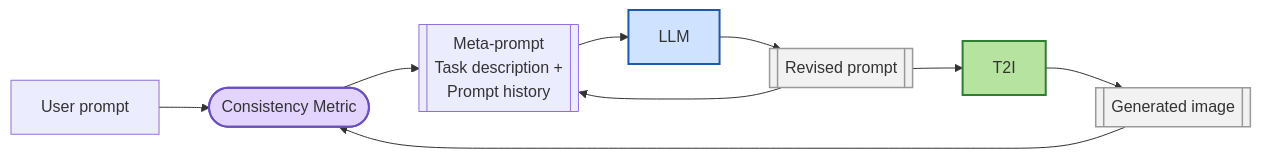
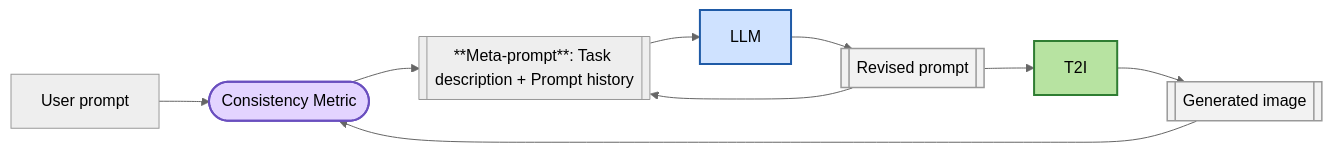
Before and after one commit to FBarrca/optt2i: the diagram in README.md, drawn with Mermaid. The commit also changed other lines of this file and 1 other file, not shown here.

Commit message:
[docs] update README to enhance clarity and formatting; remove obsolete t2i README file

````diff
--- a/README.md
+++ b/README.md
@@ -5,31 +5,33 @@
 ```mermaid
+%%{init: {'theme': 'neutral', 'themeVariables': {'darkMode': false}, "flowchart" : { "curve" : "basis" } } }%%
 flowchart LR
     %% Nodes
     U[User prompt]
     C([Consistency Metric])
-    M[[Meta-prompt\nTask description +\nPrompt history]]
+    M[[**Meta-prompt**: Task description + Prompt history]]
     L[LLM]
     R[[Revised prompt]]
     T[T2I]
     G[[Generated image]]
 
     %% Flow
     U --> C
     T --> G --> C
     C --> M
     R --> M
     M --> L
     L --> R
     R --> T
 
     %% Styling
     classDef t2i fill:#b7e3a1,stroke:#2f7d32,stroke-width:2px;
     classDef llm fill:#cfe2ff,stroke:#1f5aa6,stroke-width:2px;
     classDef metric fill:#e3d4ff,stroke:#6a4fbf,stroke-width:2px;
     classDef stack fill:#f2f2f2,stroke:#999,stroke-width:1.5px;
 
     class T t2i;
     class L llm;
     class C metric;
     class R,G stack;
+
 ```
````
